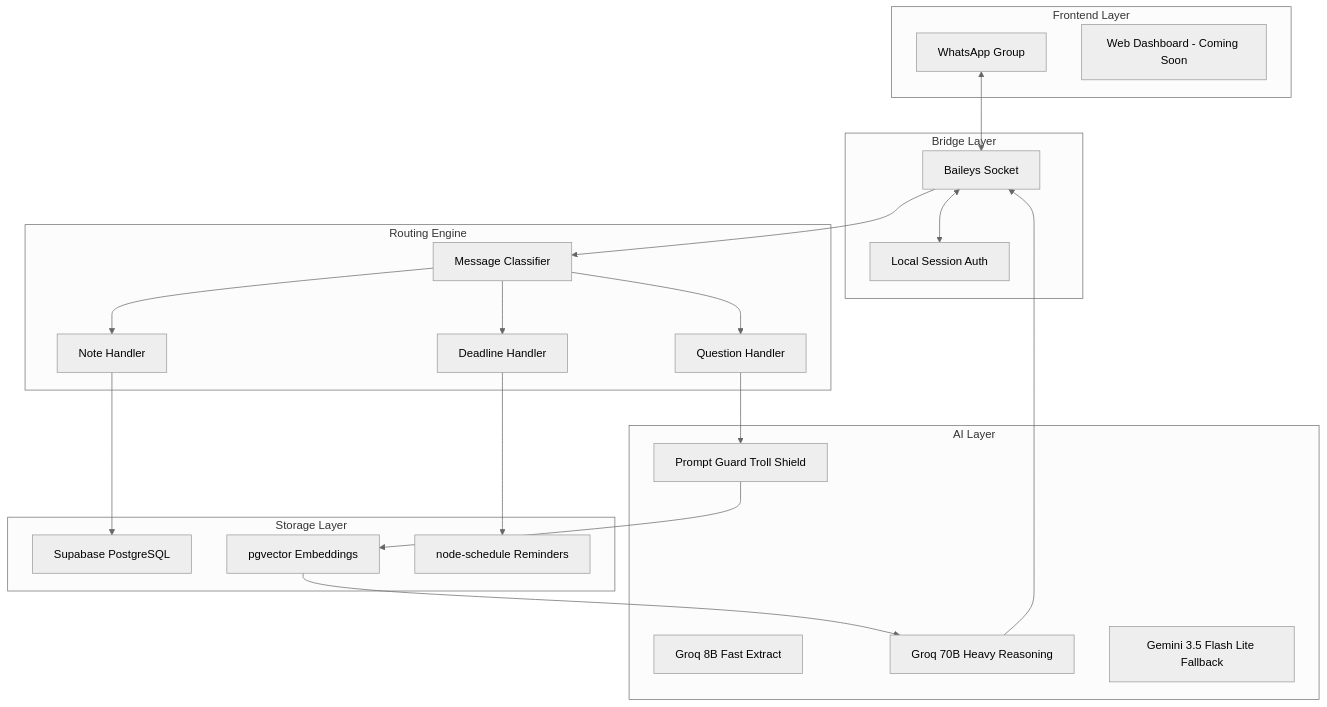
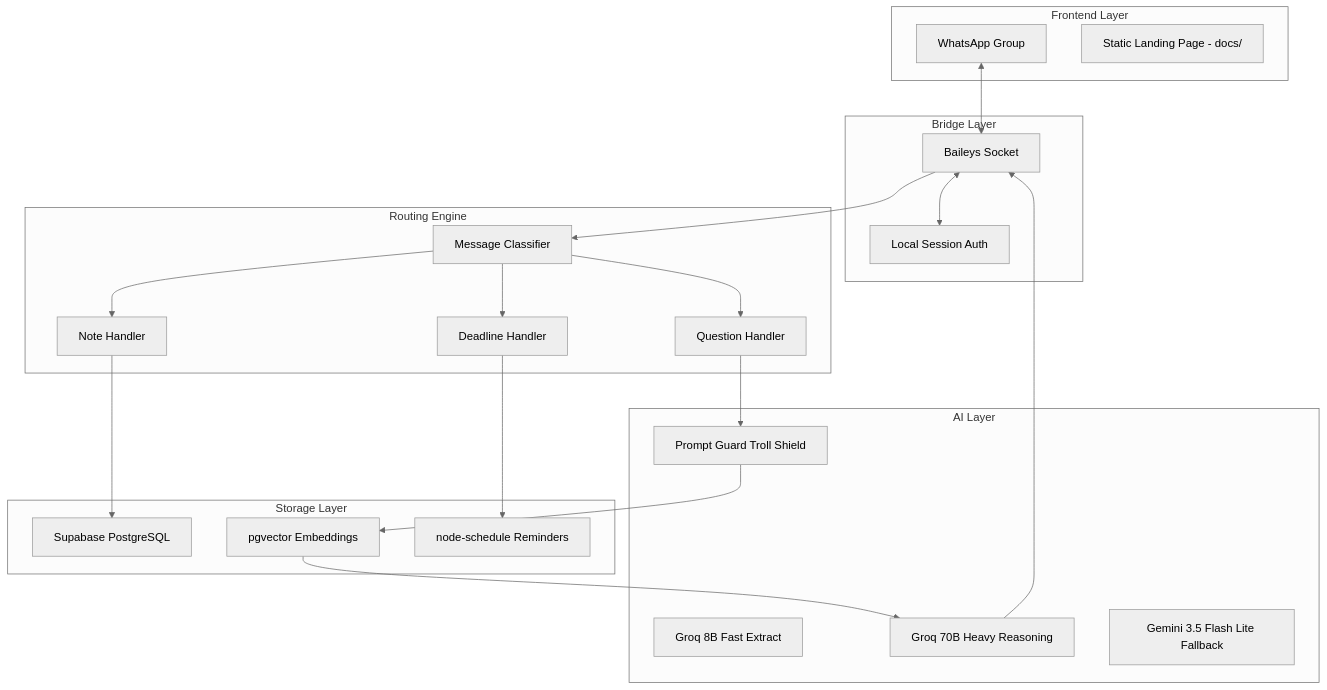
One commit to Rishavroy-2006/Class-Copilot changed the second of 2 diagrams in README.md. Above: the diagram before and after it, drawn with Mermaid (neutral theme). The commit also changed other lines of this file and 4 other files, not shown here.

````diff
--- a/README.md
+++ b/README.md
@@ -56,48 +56,48 @@
 ```mermaid
 graph TD
     subgraph Frontend Layer
         WA[WhatsApp Group]
-        DASH[Web Dashboard - Coming Soon]
+        LP[Static Landing Page - docs/]
     end
 
     subgraph Bridge Layer
         B[Baileys Socket]
         AUTH[Local Session Auth]
     end
 
     subgraph Routing Engine
         C[Message Classifier]
         NH[Note Handler]
         DH[Deadline Handler]
         QH[Question Handler]
     end
 
     subgraph AI Layer
         TS[Prompt Guard Troll Shield]
         G8[Groq 8B Fast Extract]
         G70[Groq 70B Heavy Reasoning]
         GEM[Gemini 3.5 Flash Lite Fallback]
     end
 
     subgraph Storage Layer
         SUPA[Supabase PostgreSQL]
         VEC[pgvector Embeddings]
         CRON[node-schedule Reminders]
     end
 
     WA <--> B
     B <--> AUTH
     B --> C
     
     C --> NH
     C --> DH
     C --> QH
     
     NH --> SUPA
     DH --> CRON
     
     QH --> TS
     TS --> VEC
     VEC --> G70
     G70 --> B
 ```
````
